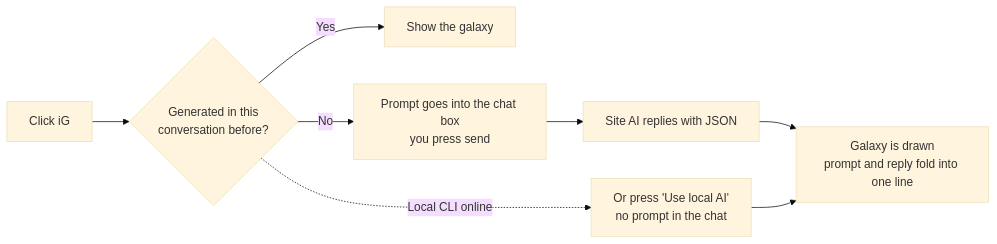
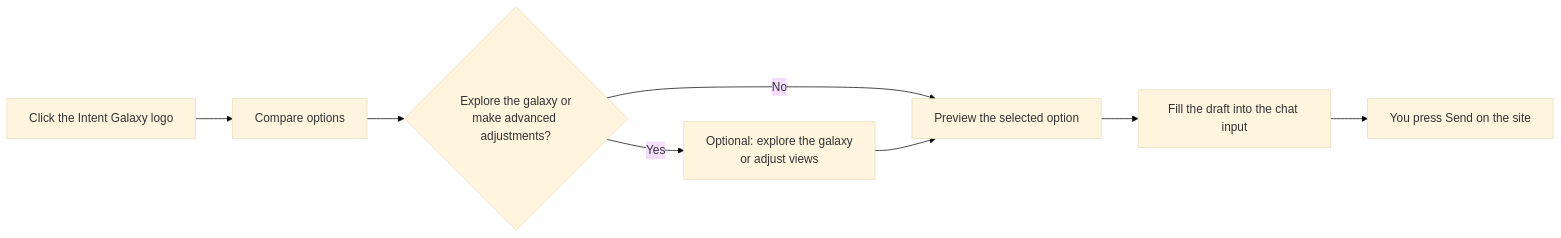
One commit to stephen-taipei/intent-galaxy changed the fourth of 4 diagrams in README.md. Above: the diagram before and after it, drawn with Mermaid (base theme). The commit also changed other lines of this file and 157 other files, not shown here.

````diff
--- a/README.md
+++ b/README.md
@@ -235,10 +237,10 @@
 ```mermaid
 flowchart LR
-    A["Click iG"] --> B{"Generated in this<br/>conversation before?"}
-    B -- Yes --> C["Show the galaxy"]
-    B -- No --> D["Prompt goes into the chat box<br/>you press send"]
-    D --> E["Site AI replies with JSON"]
-    E --> F["Galaxy is drawn<br/>prompt and reply fold into one line"]
-    B -. Local CLI online .-> G["Or press 'Use local AI'<br/>no prompt in the chat"]
-    G --> F
+    A["Click the Intent Galaxy logo"] --> B["Compare options"]
+    B --> C{"Explore the galaxy or<br/>make advanced adjustments?"}
+    C -- Yes --> D["Optional: explore the galaxy<br/>or adjust views"]
+    C -- No --> E["Preview the selected option"]
+    D --> E
+    E --> F["Fill the draft into the chat input"]
+    F --> G["You press Send on the site"]
 ```
````
